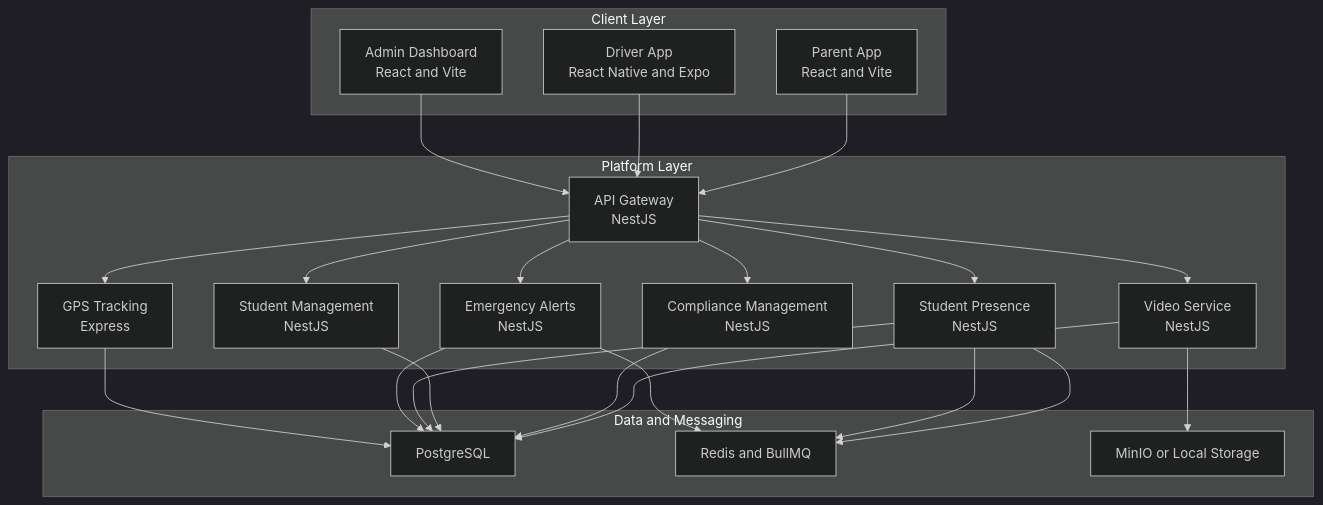
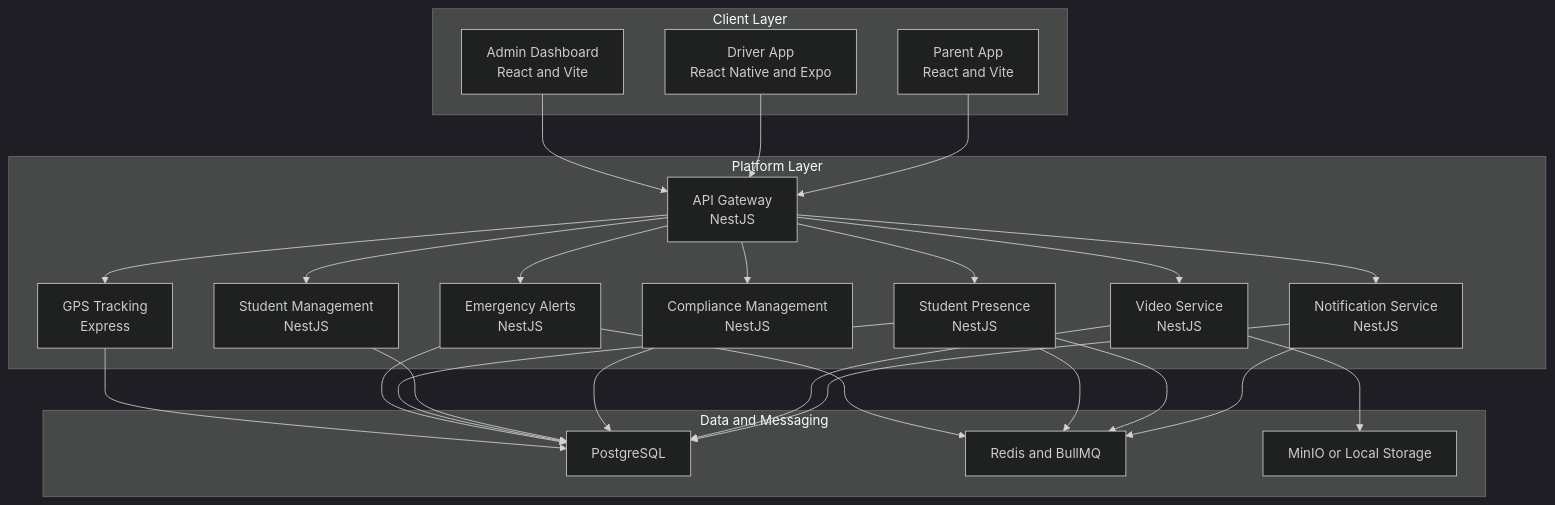
The second of 2 diagrams in docs/Design/SystemArchitecture.md (arvinddhasmana/SBTM), drawn with Mermaid (dark theme) before and after one commit. The commit also changed other lines of this file and 79 other files, not shown here.

````diff
--- a/docs/Design/SystemArchitecture.md
+++ b/docs/Design/SystemArchitecture.md
@@ -52,44 +53,48 @@
 ```mermaid
 flowchart TB
     subgraph Client Layer
         Admin[Admin Dashboard\nReact and Vite]
         Driver[Driver App\nReact Native and Expo]
         Parent[Parent App\nReact and Vite]
     end
 
     subgraph Platform Layer
         Gateway[API Gateway\nNestJS]
         GPS[GPS Tracking\nExpress]
         Alerts[Emergency Alerts\nNestJS]
         Presence[Student Presence\nNestJS]
         Students[Student Management\nNestJS]
         Compliance[Compliance Management\nNestJS]
         Video[Video Service\nNestJS]
+        Notify[Notification Service\nNestJS]
     end
 
     subgraph Data and Messaging
         PG[PostgreSQL]
         MQ[Redis and BullMQ]
         Storage[MinIO or Local Storage]
     end
 
     Admin --> Gateway
     Driver --> Gateway
     Parent --> Gateway
     Gateway --> GPS
     Gateway --> Alerts
     Gateway --> Presence
     Gateway --> Students
     Gateway --> Compliance
     Gateway --> Video
+    Gateway --> Notify
     GPS --> PG
     Alerts --> PG
     Alerts --> MQ
     Presence --> PG
     Presence --> MQ
     Presence --> MQ
     Students --> PG
     Compliance --> PG
     Video --> PG
     Video --> Storage
+    Notify --> PG
+    Notify --> MQ
 ```
````
